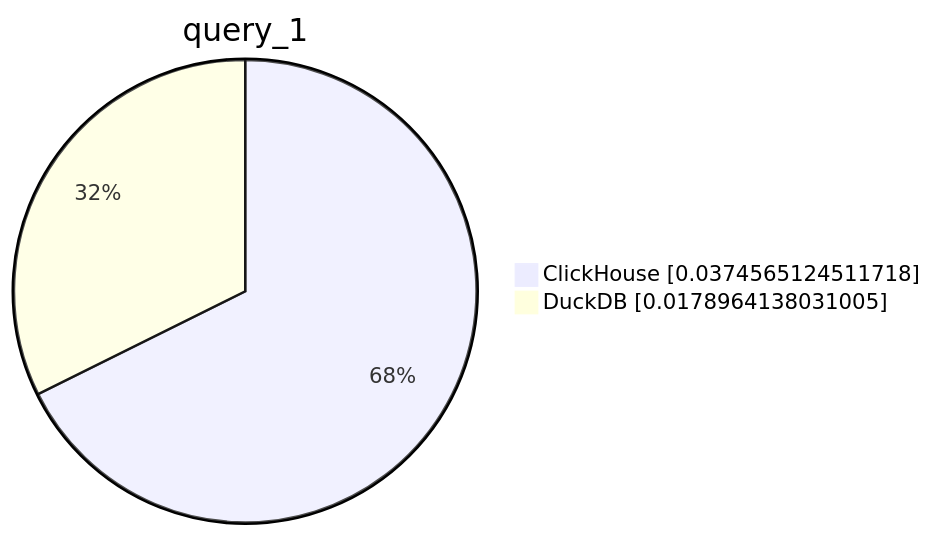
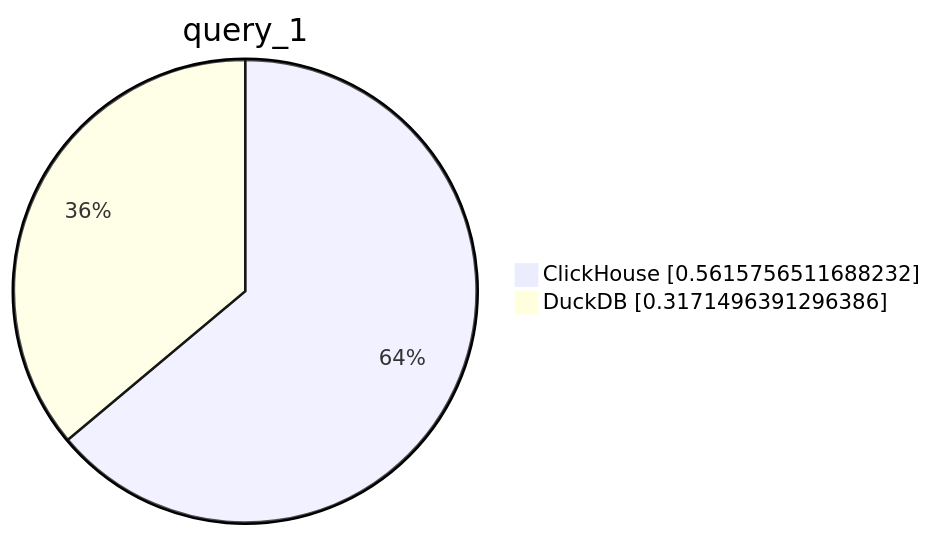
Before and after one commit to Altinity/clickhouse-regression: the second of 10 diagrams in parquet/performance/performance_reports/results.md, drawn with Mermaid. The commit also changed other lines of this file and 1 other file, not shown here.

````diff
--- a/parquet/performance/performance_reports/results.md
+++ b/parquet/performance/performance_reports/results.md
@@ -12,6 +12,6 @@
 ```mermaid
      pie showData
          title query_1
-         "ClickHouse" : 0.0374565124511718
-         "DuckDB" : 0.0178964138031005
+         "ClickHouse" : 0.5615756511688232
+         "DuckDB" : 0.3171496391296386
 ```
````
